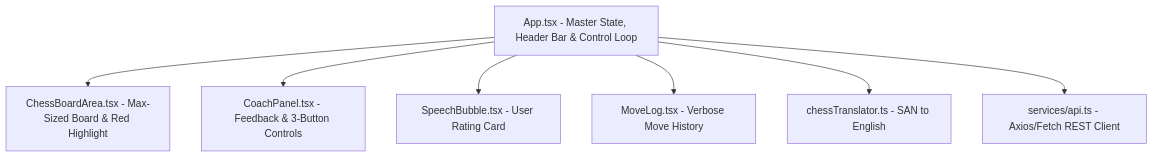
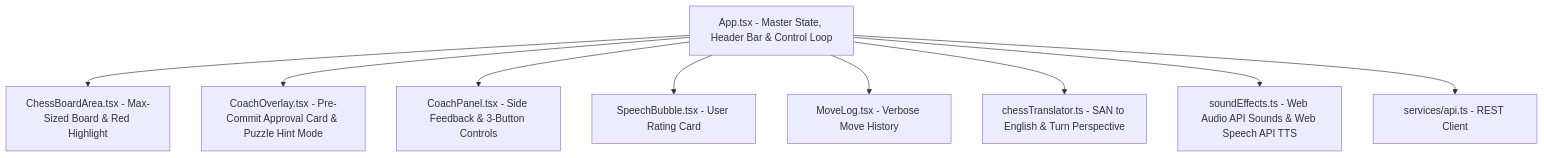
The second of 5 diagrams in ARCHITECTURE.md (janhavi-28/chess-game), drawn with Mermaid before and after one commit. The commit also changed other lines of this file and 1 other file, not shown here.

Commit message:
docs: Update PRD.md and ARCHITECTURE.md to document 3-button layout, Puzzle Hint mode, audio sounds, and Coach voice features

````diff
--- a/ARCHITECTURE.md
+++ b/ARCHITECTURE.md
@@ -27,9 +27,11 @@
 ```mermaid
 graph TD
     App[App.tsx - Master State, Header Bar & Control Loop] --> Board[ChessBoardArea.tsx - Max-Sized Board & Red Highlight]
-    App --> Coach[CoachPanel.tsx - Feedback & 3-Button Controls]
+    App --> Overlay[CoachOverlay.tsx - Pre-Commit Approval Card & Puzzle Hint Mode]
+    App --> Coach[CoachPanel.tsx - Side Feedback & 3-Button Controls]
     App --> Speech[SpeechBubble.tsx - User Rating Card]
     App --> Log[MoveLog.tsx - Verbose Move History]
-    App --> Translator[chessTranslator.ts - SAN to English]
-    App --> Service[services/api.ts - Axios/Fetch REST Client]
+    App --> Translator[chessTranslator.ts - SAN to English & Turn Perspective]
+    App --> Sound[soundEffects.ts - Web Audio API Sounds & Web Speech API TTS]
+    App --> Service[services/api.ts - REST Client]
 ```
````
